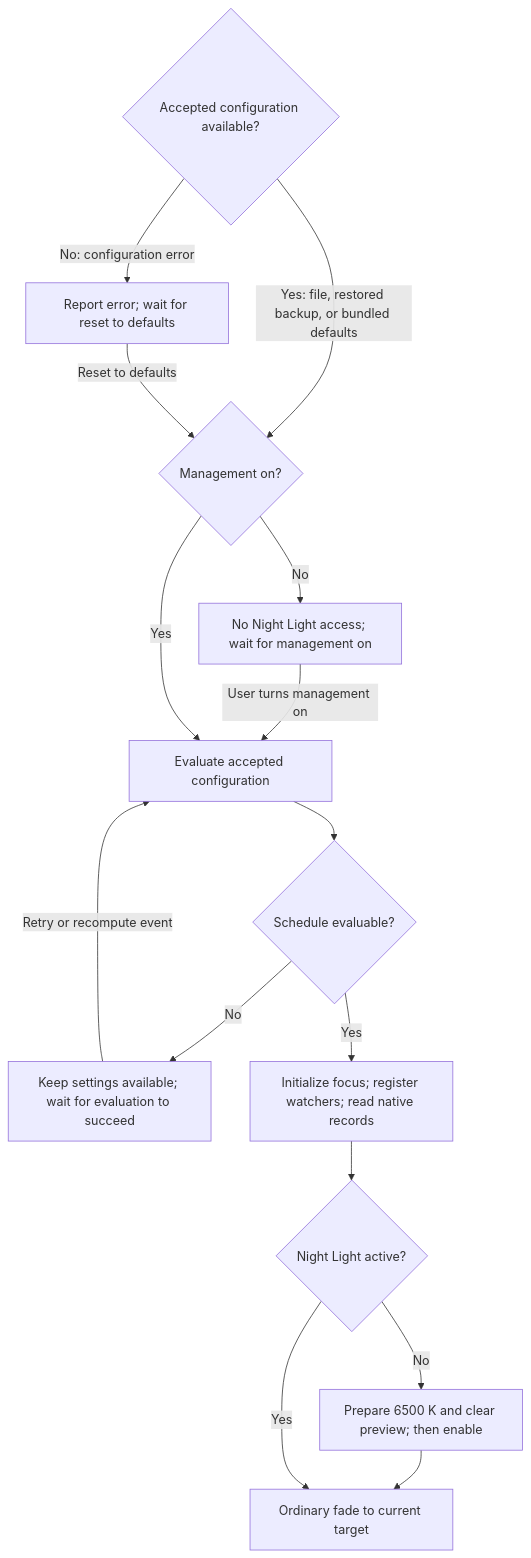
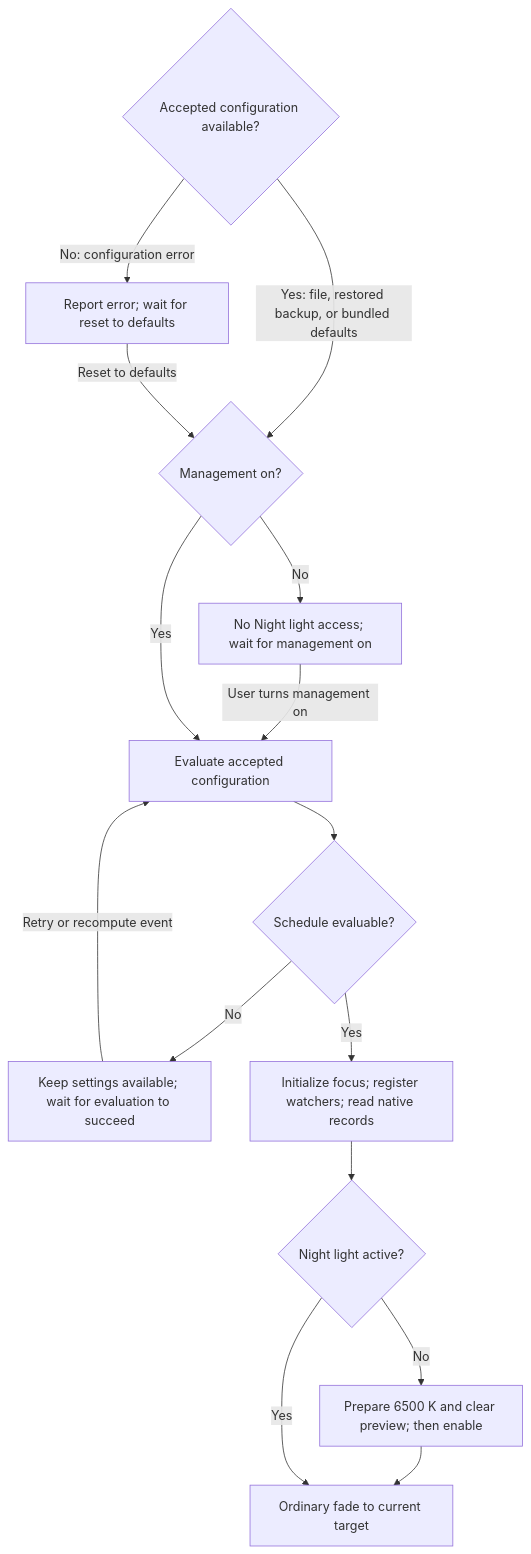
Before and after one commit to kvnxiao/circadia: the first of 2 diagrams in docs/specs/control.md, drawn with Mermaid. The commit also changed other lines of this file and 81 other files, not shown here.

Commit message:
Standardize Night light naming, refresh README, and split Preview builds (#6)

````diff
--- a/docs/specs/control.md
+++ b/docs/specs/control.md
@@ -54,17 +54,17 @@
 ```mermaid
 flowchart TD
   C{"Accepted configuration available?"} -->|"No: configuration error"| Wait["Report error; wait for reset to defaults"]
   C -->|"Yes: file, restored backup, or bundled defaults"| M{"Management on?"}
   Wait -->|"Reset to defaults"| M
-  M -->|No| Idle["No Night Light access; wait for management on"]
+  M -->|No| Idle["No Night light access; wait for management on"]
   Idle -->|"User turns management on"| S["Evaluate accepted configuration"]
   M -->|Yes| S
   S --> T{"Schedule evaluable?"}
   T -->|No| Error["Keep settings available; wait for evaluation to succeed"]
   Error -->|"Retry or recompute event"| S
   T -->|Yes| R["Initialize focus; register watchers; read native records"]
-  R --> A{"Night Light active?"}
+  R --> A{"Night light active?"}
   A -->|No| P["Prepare 6500 K and clear preview; then enable"]
   P --> F["Ordinary fade to current target"]
   A -->|Yes| F
 ```
````
